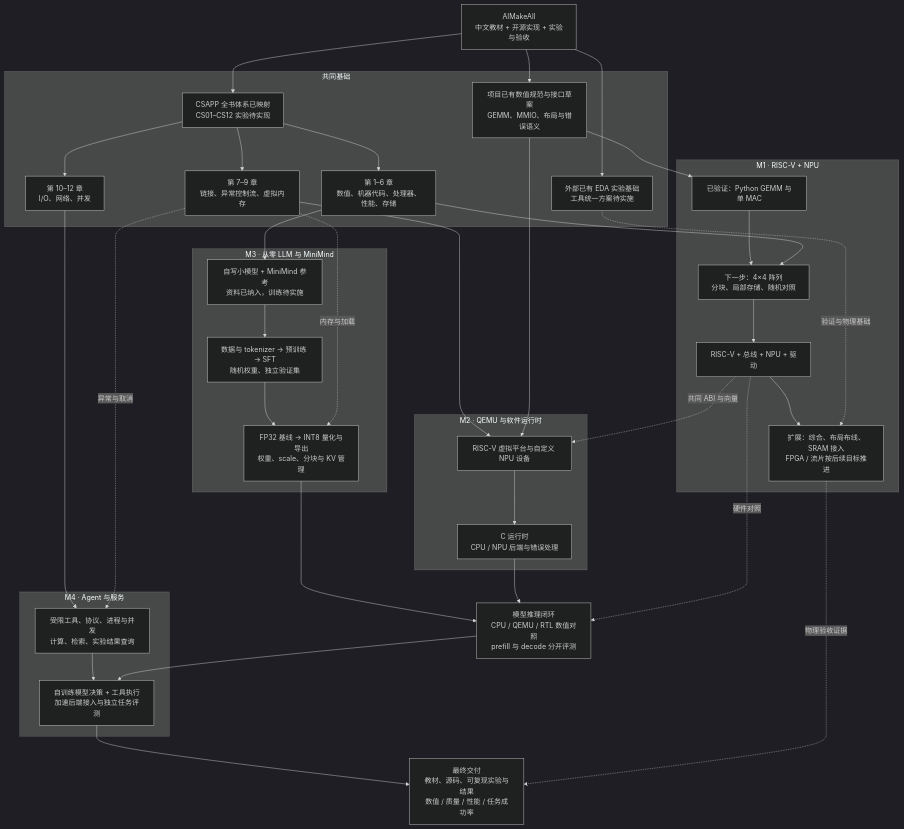
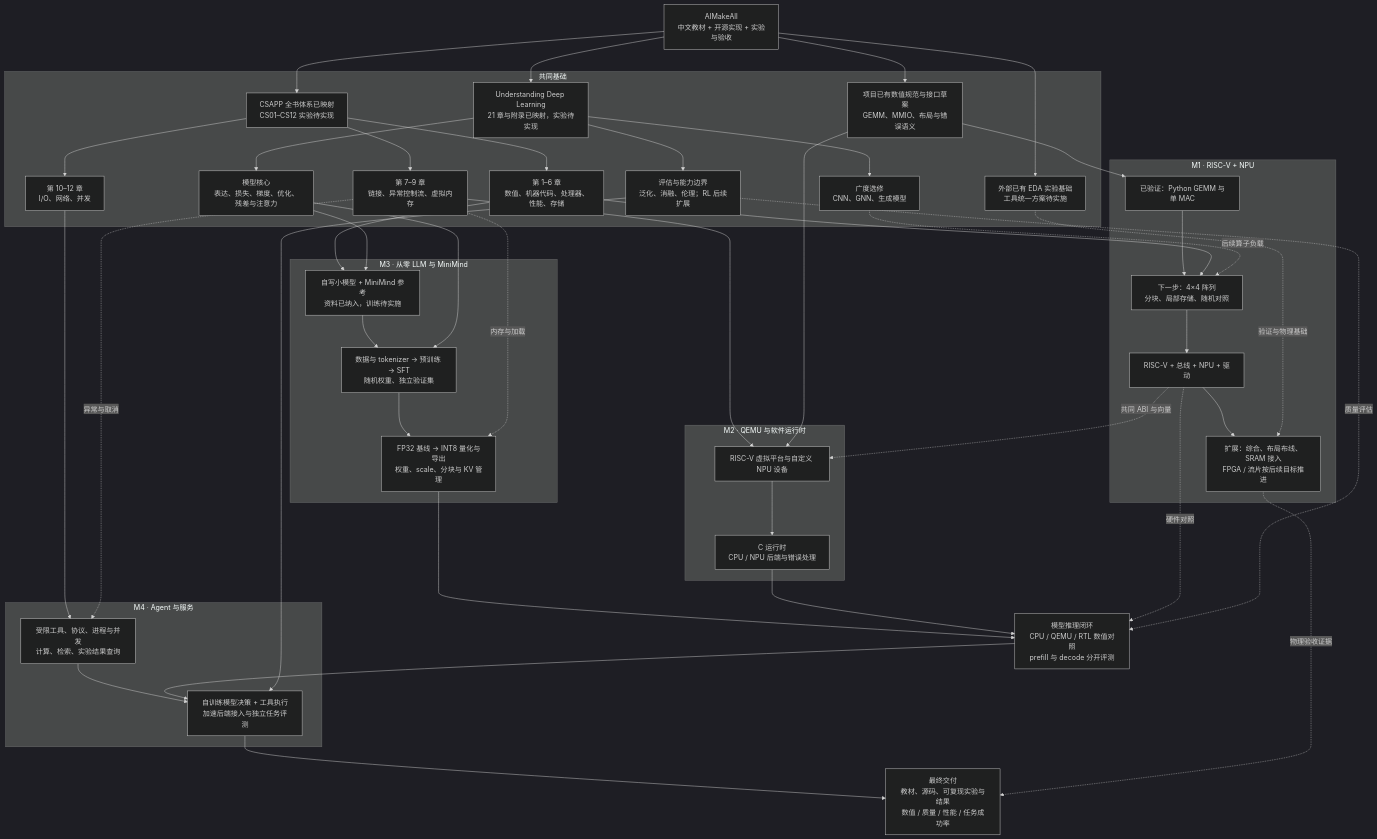
Before and after one commit to friendmine/AIMakeAll: the diagram in docs/PROJECT_MAP.md, drawn with Mermaid (dark theme). The commit also changed other lines of this file and 9 other files, not shown here.

Commit message:
Integrate Understanding Deep Learning knowledge and project labs

````diff
--- a/docs/PROJECT_MAP.md
+++ b/docs/PROJECT_MAP.md
@@ -5,68 +5,81 @@
 ```mermaid
 flowchart TB
     ROOT[AIMakeAll<br/>中文教材 + 开源实现 + 实验与验收]
 
     subgraph FOUNDATION[共同基础]
         CS[CSAPP 全书体系已映射<br/>CS01–CS12 实验待实现]
+        UDL[Understanding Deep Learning<br/>21 章与附录已映射，实验待实现]
+        U1[模型核心<br/>表达、损失、梯度、优化、残差与注意力]
+        U2[评估与能力边界<br/>泛化、消融、伦理；RL 后续扩展]
+        U3[广度选修<br/>CNN、GNN、生成模型]
         C1[第 1–6 章<br/>数值、机器代码、处理器、性能、存储]
         C2[第 7–9 章<br/>链接、异常控制流、虚拟内存]
         C3[第 10–12 章<br/>I/O、网络、并发]
         EDA[外部已有 EDA 实验基础<br/>工具统一方案待实施]
         SPEC[项目已有数值规范与接口草案<br/>GEMM、MMIO、布局与错误语义]
         CS --> C1
         CS --> C2
         CS --> C3
+        UDL --> U1
+        UDL --> U2
+        UDL --> U3
     end
 
     ROOT --> CS
+    ROOT --> UDL
     ROOT --> EDA
     ROOT --> SPEC
 
     subgraph HARDWARE[M1 · RISC-V + NPU]
         MAC[已验证：Python GEMM 与单 MAC]
         ARRAY[下一步：4×4 阵列<br/>分块、局部存储、随机对照]
         SOC[RISC-V + 总线 + NPU + 驱动]
         PHYS[扩展：综合、布局布线、SRAM 接入<br/>FPGA / 流片按后续目标推进]
         MAC --> ARRAY --> SOC --> PHYS
     end
 
     C1 --> ARRAY
     SPEC --> MAC
     EDA -.验证与物理基础.-> PHYS
 
     subgraph SIM[M2 · QEMU 与软件运行时]
         QEMU[RISC-V 虚拟平台与自定义 NPU 设备]
         RT[C 运行时<br/>CPU / NPU 后端与错误处理]
         QEMU --> RT
     end
 
     C2 --> QEMU
     SPEC --> QEMU
     SOC -.共同 ABI 与向量.-> QEMU
 
     subgraph MODEL[M3 · 从零 LLM 与 MiniMind]
         LEARN[自写小模型 + MiniMind 参考<br/>资料已纳入，训练待实施]
         TRAIN[数据与 tokenizer → 预训练 → SFT<br/>随机权重、独立验证集]
         QUANT[FP32 基线 → INT8 量化与导出<br/>权重、scale、分块与 KV 管理]
         LEARN --> TRAIN --> QUANT
     end
 
     C1 --> LEARN
+    U1 --> LEARN
+    U1 --> TRAIN
     C2 -.内存与加载.-> QUANT
     DEPLOY[模型推理闭环<br/>CPU / QEMU / RTL 数值对照<br/>prefill 与 decode 分开评测]
     QUANT --> DEPLOY
     RT --> DEPLOY
     SOC -.硬件对照.-> DEPLOY
+    U2 -.质量评估.-> DEPLOY
+    U3 -.后续算子负载.-> ARRAY
 
     subgraph AGENT[M4 · Agent 与服务]
         TOOL[受限工具、协议、进程与并发<br/>计算、检索、实验结果查询]
         APP[自训练模型决策 + 工具执行<br/>加速后端接入与独立任务评测]
         TOOL --> APP
     end
 
     C3 --> TOOL
     C2 -.异常与取消.-> TOOL
     DEPLOY --> APP
+    U2 --> APP
     APP --> DONE[最终交付<br/>教材、源码、可复现实验与结果<br/>数值 / 质量 / 性能 / 任务成功率]
     PHYS -.物理验收证据.-> DONE
 ```
````
